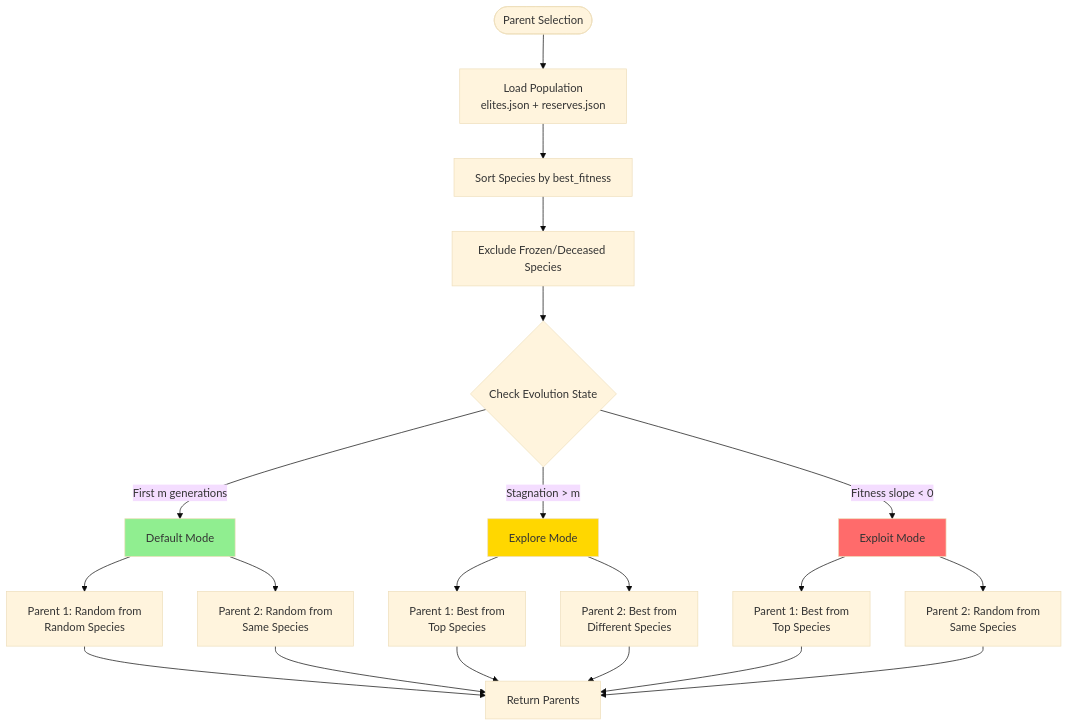
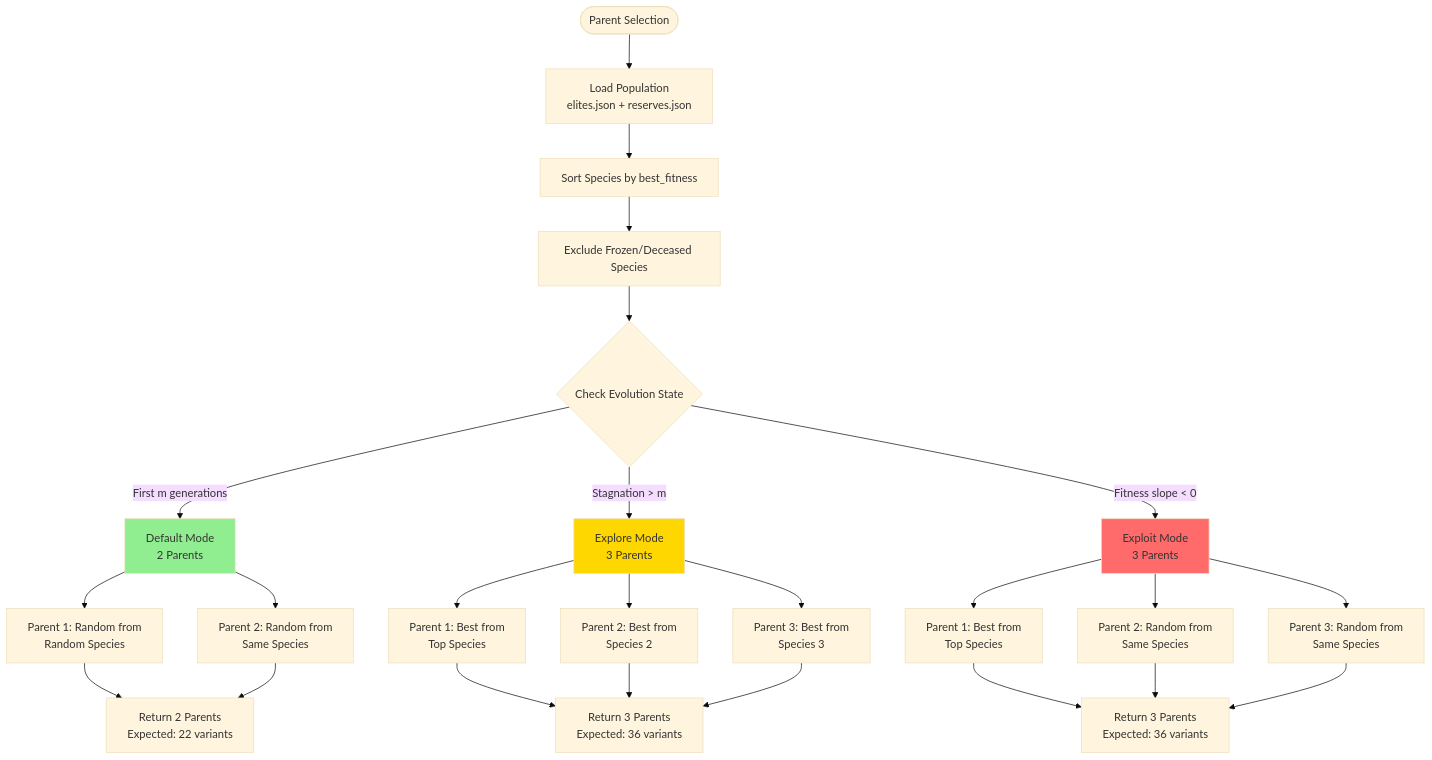
The fourth of 12 diagrams in ARCHITECTURE.md (Onkar2102/ToxSearch), drawn with Mermaid (base theme) before and after one commit. The commit also changed other lines of this file and 23 other files, not shown here.

````diff
--- a/ARCHITECTURE.md
+++ b/ARCHITECTURE.md
@@ -189,31 +189,34 @@
 ```mermaid
 flowchart TD
     Start([Parent Selection]) --> Load[Load Population<br/>elites.json + reserves.json]
     Load --> Sort[Sort Species by best_fitness]
     Sort --> Exclude[Exclude Frozen/Deceased Species]
     Exclude --> Check{Check Evolution State}
     
-    Check -->|First m generations| Default[Default Mode]
-    Check -->|Stagnation > m| Explore[Explore Mode]
-    Check -->|Fitness slope < 0| Exploit[Exploit Mode]
+    Check -->|First m generations| Default[Default Mode<br/>2 Parents]
+    Check -->|Stagnation > m| Explore[Explore Mode<br/>3 Parents]
+    Check -->|Fitness slope < 0| Exploit[Exploit Mode<br/>3 Parents]
     
     Default --> P1D[Parent 1: Random from<br/>Random Species]
     Default --> P2D[Parent 2: Random from<br/>Same Species]
+    P1D --> ReturnD[Return 2 Parents<br/>Expected: 22 variants]
+    P2D --> ReturnD
     
     Explore --> P1E[Parent 1: Best from<br/>Top Species]
-    Explore --> P2E[Parent 2: Best from<br/>Different Species]
+    Explore --> P2E[Parent 2: Best from<br/>Species 2]
+    Explore --> P3E[Parent 3: Best from<br/>Species 3]
+    P1E --> ReturnE[Return 3 Parents<br/>Expected: 36 variants]
+    P2E --> ReturnE
+    P3E --> ReturnE
     
     Exploit --> P1X[Parent 1: Best from<br/>Top Species]
     Exploit --> P2X[Parent 2: Random from<br/>Same Species]
-    
-    P1D --> Return[Return Parents]
-    P2D --> Return
-    P1E --> Return
-    P2E --> Return
-    P1X --> Return
-    P2X --> Return
+    Exploit --> P3X[Parent 3: Random from<br/>Same Species]
+    P1X --> ReturnX[Return 3 Parents<br/>Expected: 36 variants]
+    P2X --> ReturnX
+    P3X --> ReturnX
     
     style Default fill:#90EE90
     style Explore fill:#FFD700
     style Exploit fill:#FF6B6B
 ```
````
